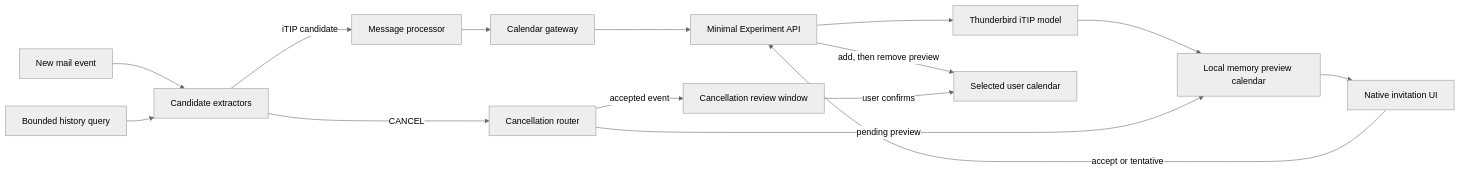
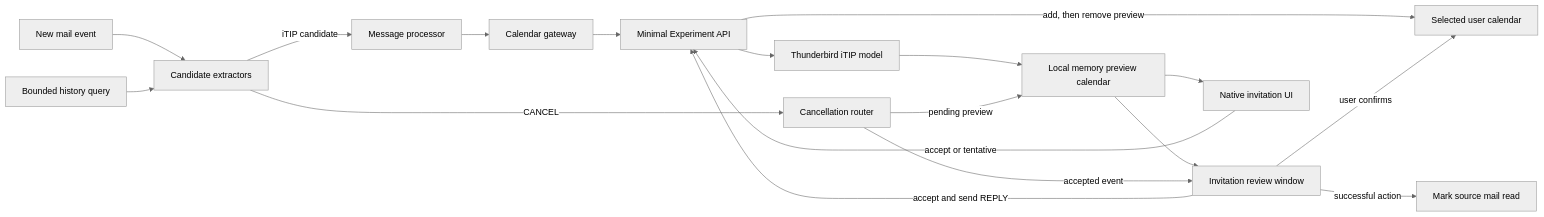
Before and after one commit to PM84/thunderbird-invite-preview: the diagram in docs/architecture.md, drawn with Mermaid (neutral theme). The commit also changed other lines of this file and 25 other files, not shown here.

First line of the commit message:
Add unified invitation review workflow

````diff
--- a/docs/architecture.md
+++ b/docs/architecture.md
@@ -3,17 +3,20 @@
 ```mermaid
 flowchart LR
   Mail[New mail event] --> Extractors[Candidate extractors]
   History[Bounded history query] --> Extractors
   Extractors -->|iTIP candidate| Processor[Message processor]
   Processor --> Gateway[Calendar gateway]
   Gateway --> Experiment[Minimal Experiment API]
   Experiment --> ITIP[Thunderbird iTIP model]
   ITIP --> Preview[Local memory preview calendar]
+  Preview --> Review[Invitation review window]
   Preview --> NativeUI[Native invitation UI]
+  Review -->|accept and send REPLY| Experiment
   NativeUI -->|accept or tentative| Experiment
   Experiment -->|add, then remove preview| Calendar[Selected user calendar]
   Extractors -->|CANCEL| CancelRouter[Cancellation router]
   CancelRouter -->|pending preview| Preview
-  CancelRouter -->|accepted event| Review[Cancellation review window]
+  CancelRouter -->|accepted event| Review
   Review -->|user confirms| Calendar
+  Review -->|successful action| ReadMail[Mark source mail read]
 ```
````
